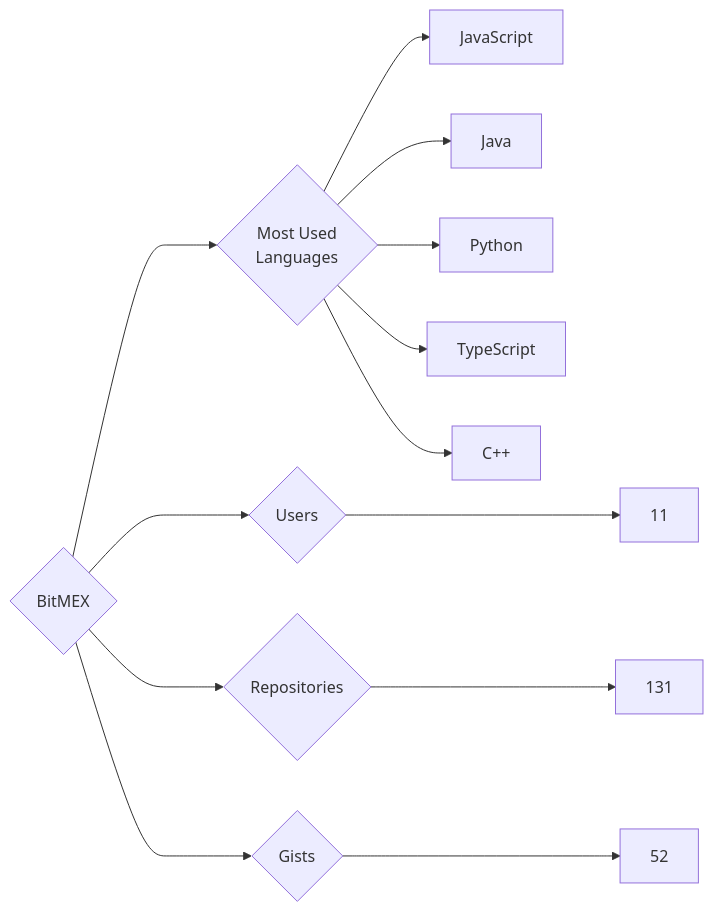
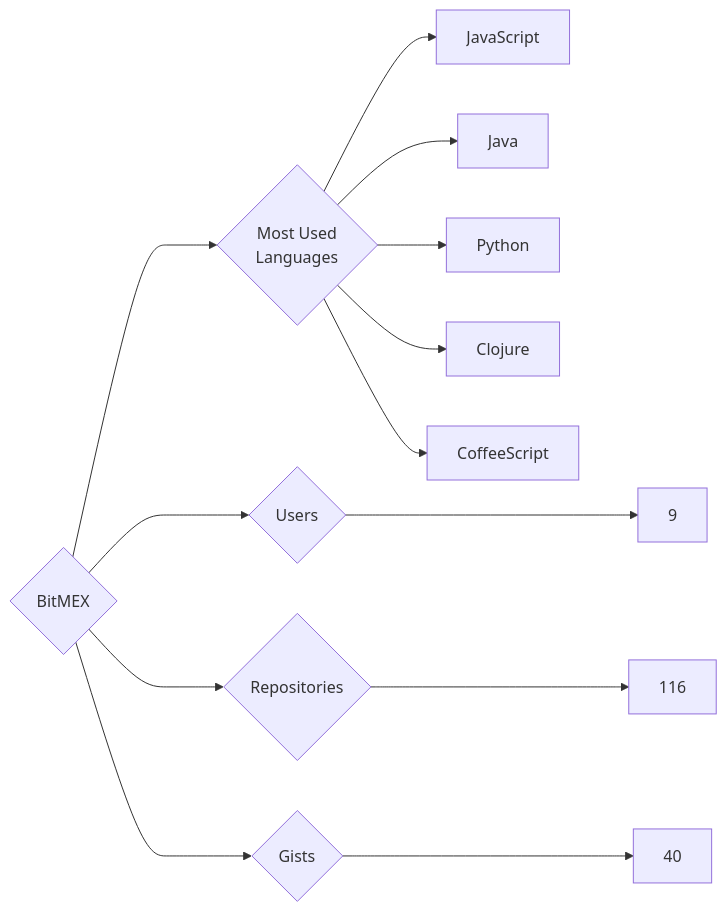
One commit to trickest/insiders changed the diagram in targets/BitMEX/README.md. Above: the diagram before and after it, drawn with Mermaid. The commit also changed 1120 other files, not shown here.

````diff
--- a/targets/BitMEX/README.md
+++ b/targets/BitMEX/README.md
@@ -3,13 +3,13 @@
 ```mermaid
 graph LR
 COMPANY_NAME{BitMEX}
-COMPANY_NAME ---> U{Users} ---> UN[11]
-COMPANY_NAME ---> R{Repositories} ---> RN[131]
-COMPANY_NAME ---> G{Gists} ---> GN[52]
+COMPANY_NAME ---> U{Users} ---> UN[9]
+COMPANY_NAME ---> R{Repositories} ---> RN[116]
+COMPANY_NAME ---> G{Gists} ---> GN[40]
 COMPANY_NAME ---> ML{Most Used<br>Languages}
 ML --> JavaScript[JavaScript]
 ML --> Java[Java]
 ML --> Python[Python]
-ML --> TypeScript[TypeScript]
-ML --> C++[C++]
+ML --> Clojure[Clojure]
+ML --> CoffeeScript[CoffeeScript]
 ```
````
